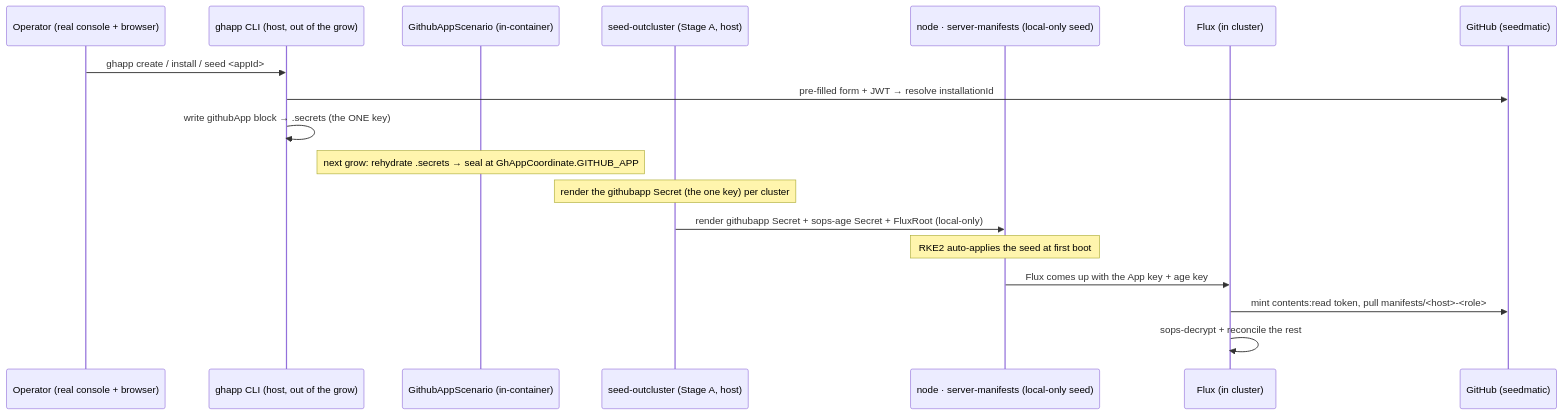
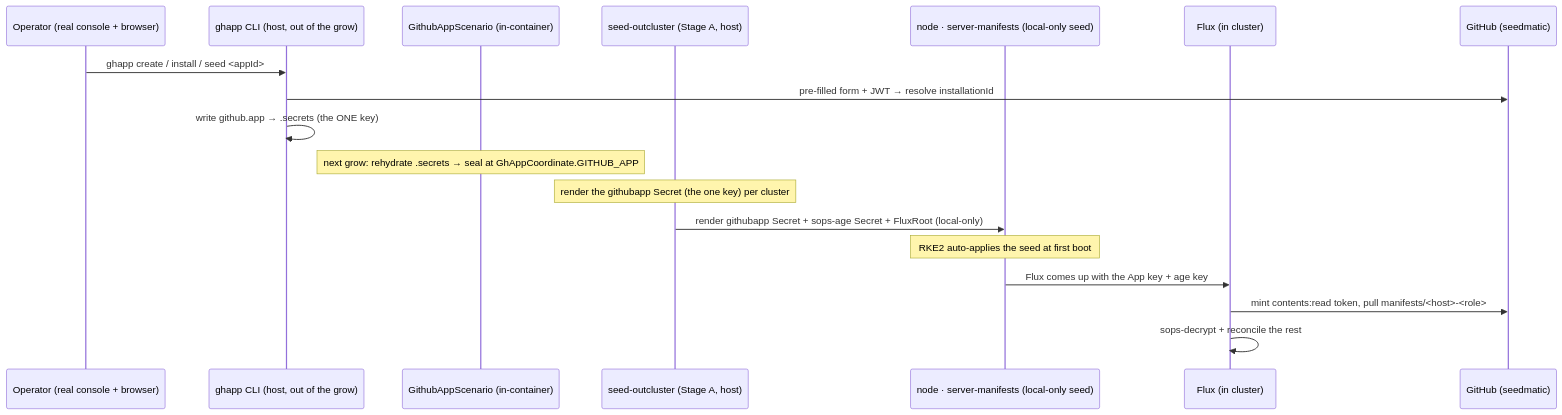
The fifth of 5 diagrams in docs/architecture/cluster-api/github-credential-model.adoc (seedmatic/rke2lab), drawn with Mermaid before and after one commit. The commit also changed other lines of this file and 6 other files, not shown here.

First line of the commit message:
fix(ghapp): `ghapp seed` writes github.app, the block the readers read

```diff
--- a/docs/architecture/cluster-api/github-credential-model.adoc
+++ b/docs/architecture/cluster-api/github-credential-model.adoc
@@ -450,21 +450,21 @@
 [mermaid,github-credential-model-bootstrap,svg]
 ----
 sequenceDiagram
   participant OP as Operator (real console + browser)
   participant CLI as ghapp CLI (host, out of the grow)
   participant SC as GithubAppScenario (in-container)
   participant SM as seed-outcluster (Stage A, host)
   participant N as node · server-manifests (local-only seed)
   participant FX as Flux (in cluster)
   participant GH as GitHub (seedmatic)
   OP->>CLI: ghapp create / install / seed <appId>
   CLI->>GH: pre-filled form + JWT → resolve installationId
-  CLI->>CLI: write githubApp block → .secrets (the ONE key)
+  CLI->>CLI: write github.app → .secrets (the ONE key)
   Note over SC: next grow: rehydrate .secrets → seal at GhAppCoordinate.GITHUB_APP
   Note over SM: render the githubapp Secret (the one key) per cluster
   SM->>N: render githubapp Secret + sops-age Secret + FluxRoot (local-only)
   Note over N: RKE2 auto-applies the seed at first boot
   N->>FX: Flux comes up with the App key + age key
   FX->>GH: mint contents:read token, pull manifests/<host>-<role>
   FX->>FX: sops-decrypt + reconcile the rest
 ----
```
